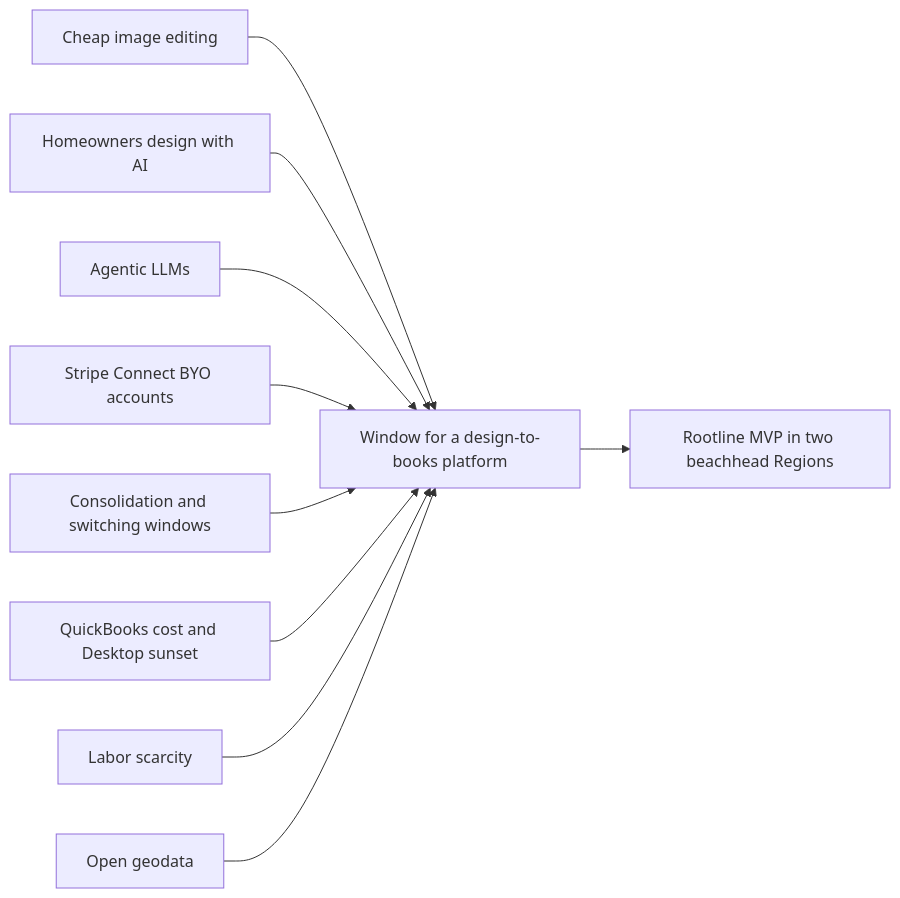
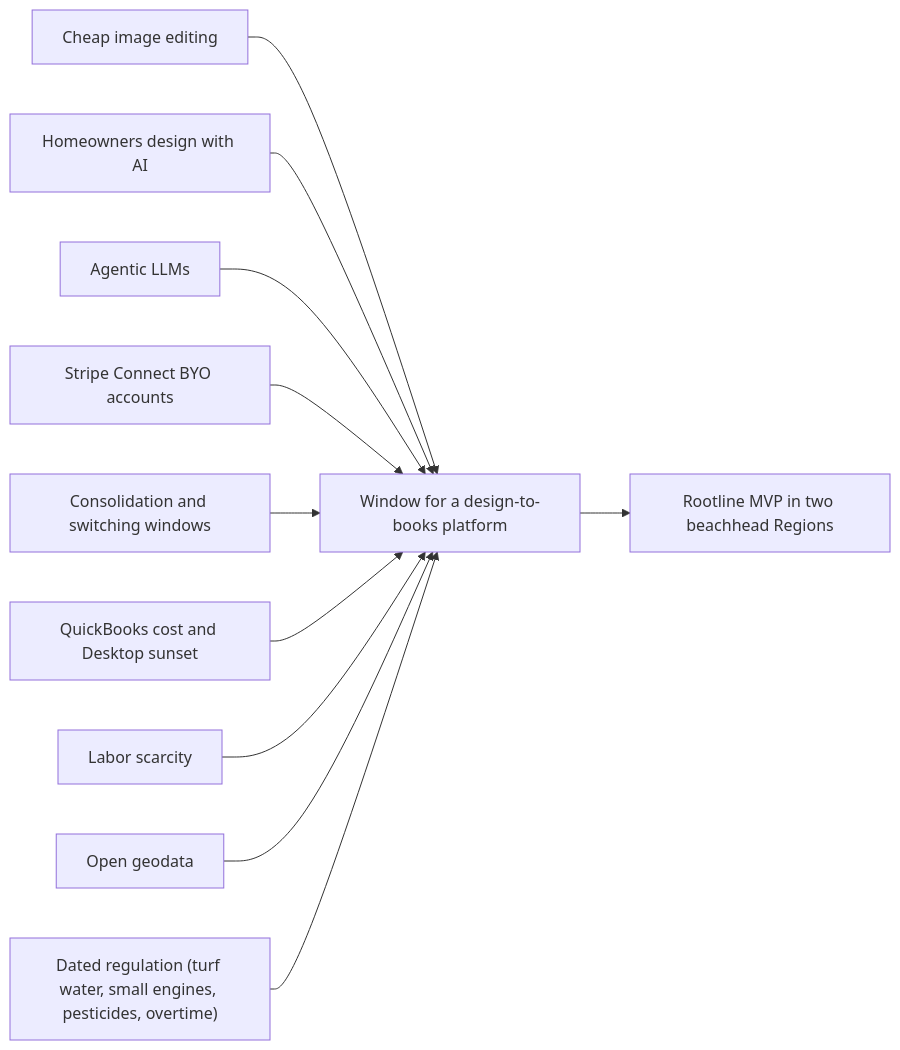
One commit to jdinard/landscape changed the seventh of 12 diagrams in docs/01-market-landscape.md. Above: the diagram before and after it, drawn with Mermaid. The commit also changed other lines of this file and 4 other files, not shown here.

````diff
--- a/docs/01-market-landscape.md
+++ b/docs/01-market-landscape.md
@@ -844,12 +845,13 @@
 ```mermaid
 flowchart LR
   F1["Cheap image editing"] --> W["Window for a design-to-books platform"]
   F2["Homeowners design with AI"] --> W
   F3["Agentic LLMs"] --> W
   F4["Stripe Connect BYO accounts"] --> W
   F5["Consolidation and switching windows"] --> W
   F6["QuickBooks cost and Desktop sunset"] --> W
   F7["Labor scarcity"] --> W
   F8["Open geodata"] --> W
+  F9["Dated regulation (turf water, small engines, pesticides, overtime)"] --> W
   W --> R["Rootline MVP in two beachhead Regions"]
 ```
````
